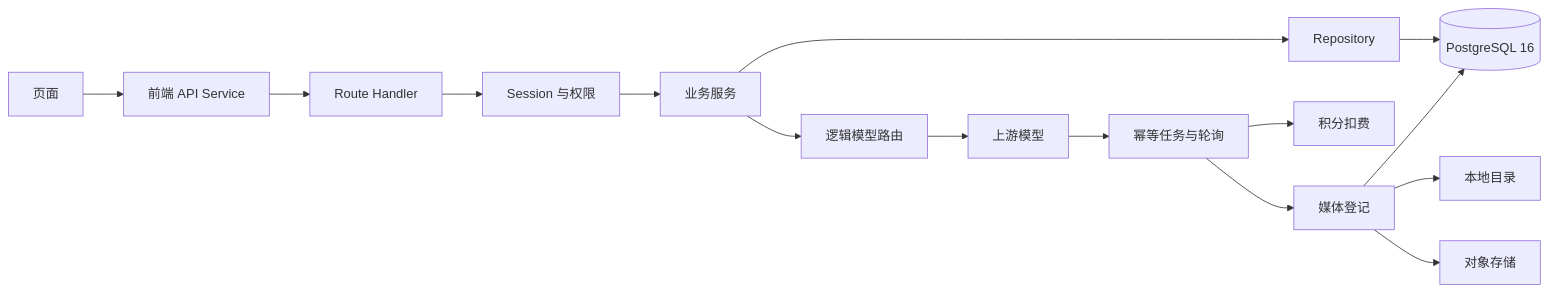
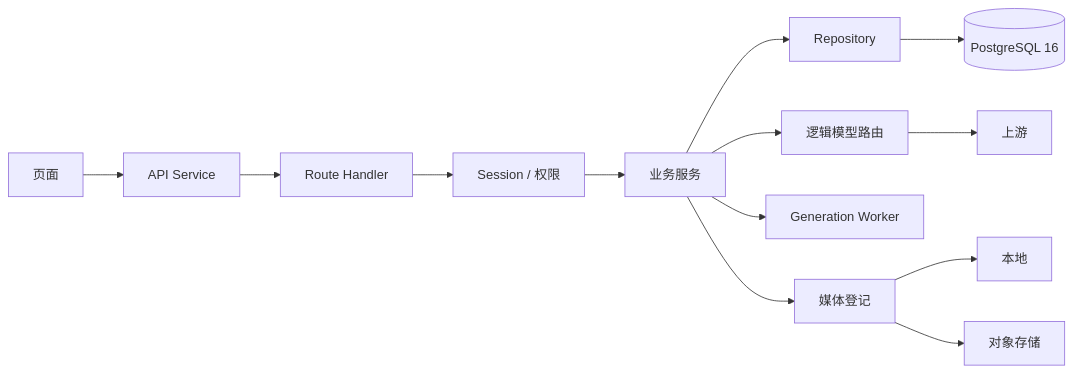
One commit to jiujiu532/JoveCanvas changed the sixth of 6 diagrams in README.md. Above: the diagram before and after it, drawn with Mermaid. The commit also changed other lines of this file and 2 other files, not shown here.

````diff
--- a/README.md
+++ b/README.md
@@ -271,17 +167,15 @@
 ```mermaid
 flowchart LR
-    PAGE["页面"] --> CLIENT["前端 API Service"]
+    PAGE["页面"] --> CLIENT["API Service"]
     CLIENT --> ROUTE["Route Handler"]
-    ROUTE --> AUTH["Session 与权限"]
+    ROUTE --> AUTH["Session / 权限"]
     AUTH --> SERVICE["业务服务"]
     SERVICE --> REPO["Repository"]
     REPO --> PG[("PostgreSQL 16")]
     SERVICE --> ROUTER["逻辑模型路由"]
-    ROUTER --> PROVIDER["上游模型"]
-    PROVIDER --> TASK["幂等任务与轮询"]
-    TASK --> BILLING["积分扣费"]
-    TASK --> MEDIA["媒体登记"]
-    MEDIA --> LOCAL["本地目录"]
+    ROUTER --> PROVIDER["上游"]
+    SERVICE --> WORKER["Generation Worker"]
+    SERVICE --> MEDIA["媒体登记"]
+    MEDIA --> LOCAL["本地"]
     MEDIA --> S3["对象存储"]
-    MEDIA --> PG
 ```
````
